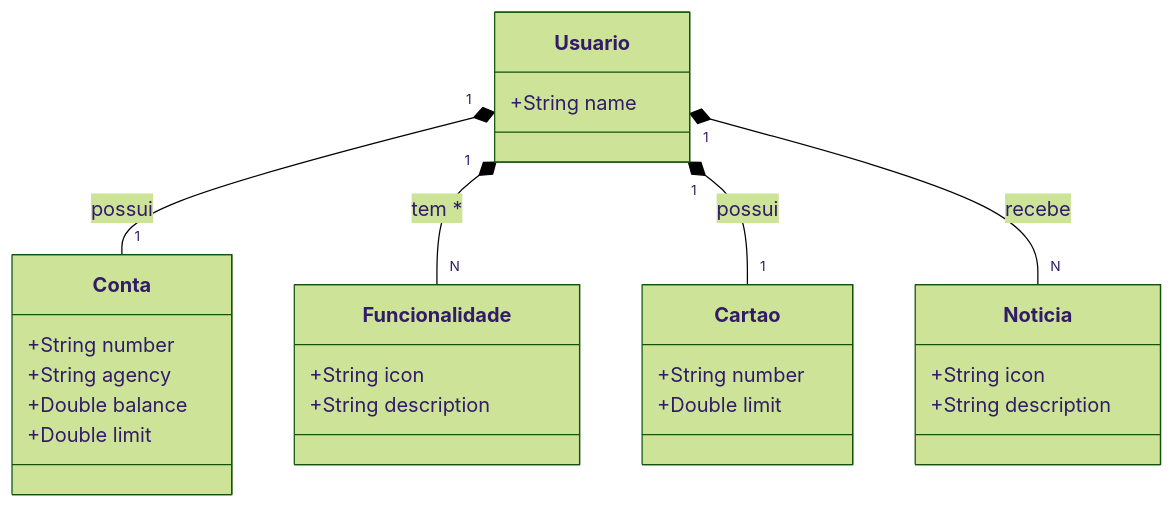
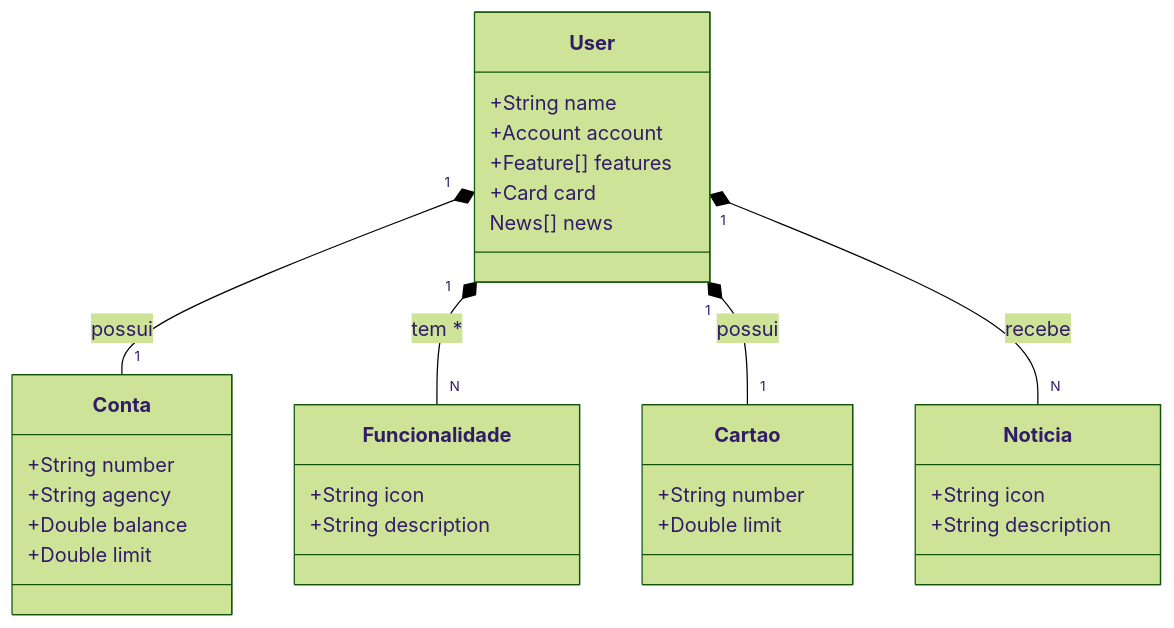
Before and after one commit to vinicaliel/Decola-Tech-2025: the diagram in README.md, drawn with Mermaid (forest theme).

````diff
--- a/README.md
+++ b/README.md
@@ -7,34 +7,38 @@
 ```mermaid
 
 classDiagram
-    class Usuario {
+    class User{
         +String name
+        +Account account
+        +Feature[] features
+        +Card card
+        News[] news
     }
     
     class Conta {
         +String number
         +String agency
         +Double balance
         +Double limit
     }
     
     class Funcionalidade {
         +String icon
         +String description
     }
     
     class Cartao {
         +String number
         +Double limit
     }
     
     class Noticia {
         +String icon
         +String description
     }
     
-    Usuario "1" *-- "1" Conta : possui
-    Usuario "1" *-- "N" Funcionalidade : tem *
-    Usuario "1" *-- "1" Cartao : possui
-    Usuario "1" *-- "N" Noticia : recebe
+    User "1" *-- "1" Conta : possui
+    User "1" *-- "N" Funcionalidade : tem *
+    User "1" *-- "1" Cartao : possui
+    User "1" *-- "N" Noticia : recebe
 ```
````
